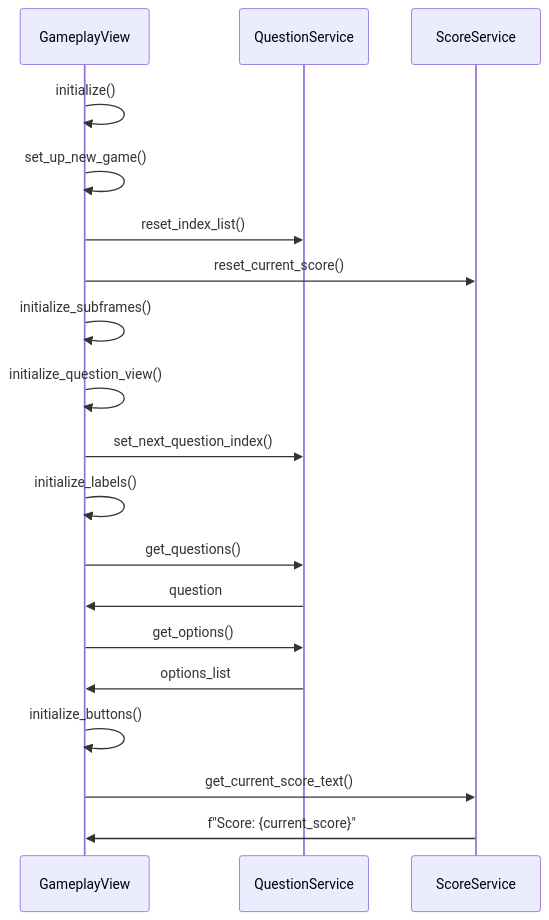
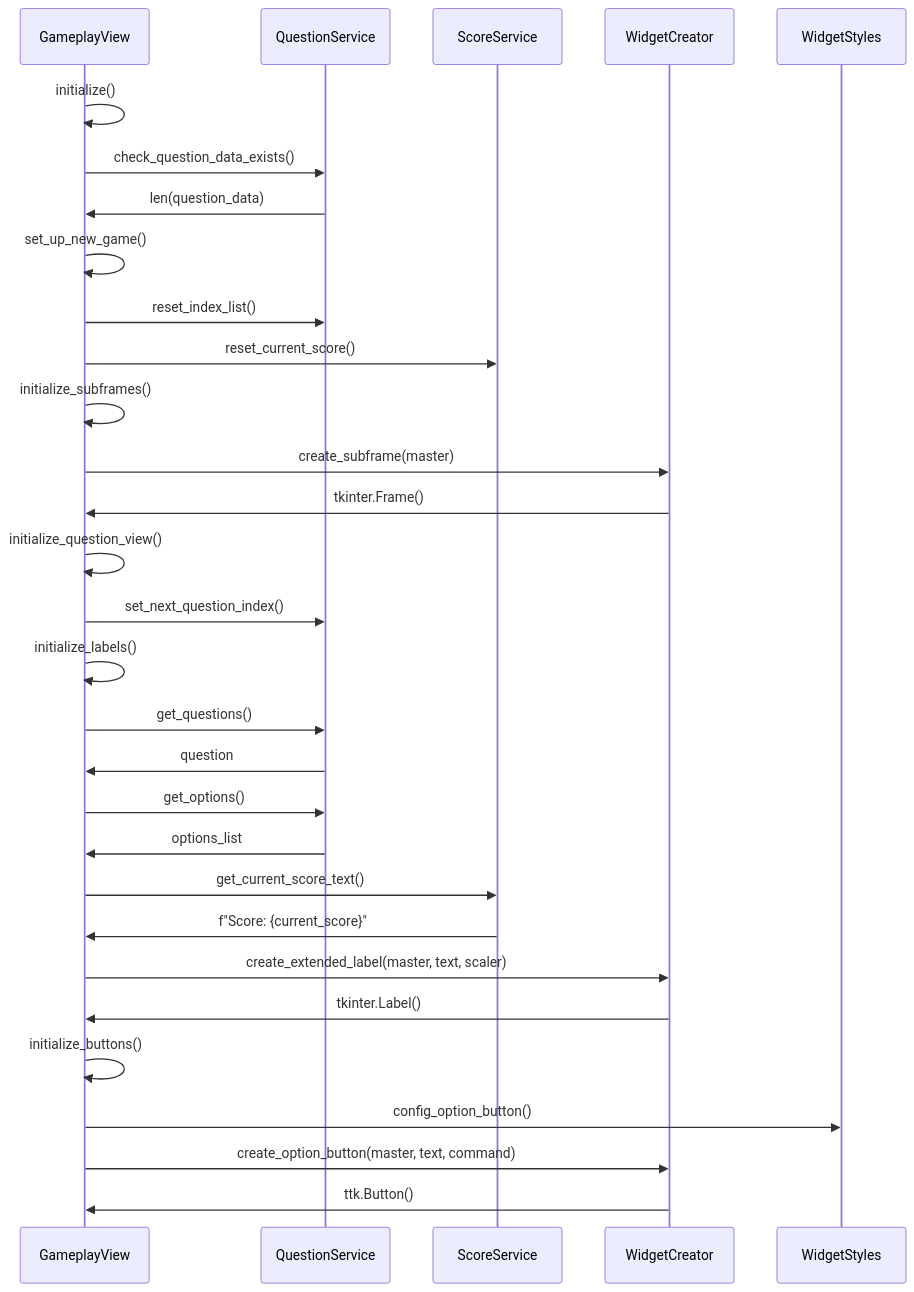
The first of 2 diagrams in dokumentaatio/arkkitehtuuri.md (danieldenial/ot-harjoitus), drawn with Mermaid before and after one commit. The commit also changed other lines of this file and 4 other files, not shown here.

````diff
--- a/dokumentaatio/arkkitehtuuri.md
+++ b/dokumentaatio/arkkitehtuuri.md
@@ -107,21 +107,32 @@
 ```mermaid
 sequenceDiagram
     participant GameplayView
     participant QuestionService
     participant ScoreService
+    participant WidgetCreator
+    participant WidgetStyles
     GameplayView->>GameplayView: initialize()
+    GameplayView->>QuestionService: check_question_data_exists()
+    QuestionService->>GameplayView: len(question_data)
     GameplayView->>GameplayView: set_up_new_game()
     GameplayView->>QuestionService: reset_index_list()
     GameplayView->>ScoreService: reset_current_score()
     GameplayView->>GameplayView: initialize_subframes()
+    GameplayView->>WidgetCreator: create_subframe(master)
+    WidgetCreator->>GameplayView: tkinter.Frame()
     GameplayView->>GameplayView: initialize_question_view()
     GameplayView->>QuestionService: set_next_question_index()
     GameplayView->>GameplayView: initialize_labels()
     GameplayView->>QuestionService: get_questions()
     QuestionService->>GameplayView: question
     GameplayView->>QuestionService: get_options()
     QuestionService->>GameplayView: options_list
-    GameplayView->>GameplayView: initialize_buttons()
     GameplayView->>ScoreService: get_current_score_text()
     ScoreService->>GameplayView: f"Score: {current_score}"
+    GameplayView->>WidgetCreator: create_extended_label(master, text, scaler)
+    WidgetCreator->>GameplayView: tkinter.Label()
+    GameplayView->>GameplayView: initialize_buttons()
+    GameplayView->>WidgetStyles: config_option_button()
+    GameplayView->>WidgetCreator: create_option_button(master, text, command)
+    WidgetCreator->>GameplayView: ttk.Button()
 ```
````
